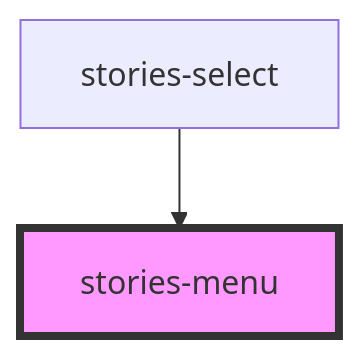
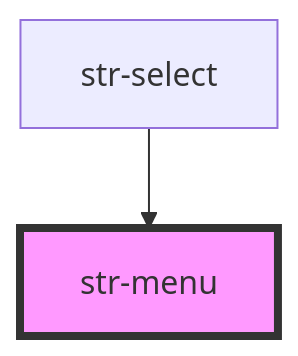
One commit to storiesjs/stories changed the diagram in packages/core/src/components/menu/readme.md. Above: the diagram before and after it, drawn with Mermaid. The commit also changed other lines of this file and 221 other files, not shown here.

Commit message:
Stories prefix rename to str

````diff
--- a/packages/core/src/components/menu/readme.md
+++ b/packages/core/src/components/menu/readme.md
@@ -53,5 +53,5 @@
 ```mermaid
 graph TD;
-  stories-select --> stories-menu
-  style stories-menu fill:#f9f,stroke:#333,stroke-width:4px
+  str-select --> str-menu
+  style str-menu fill:#f9f,stroke:#333,stroke-width:4px
 ```
````
